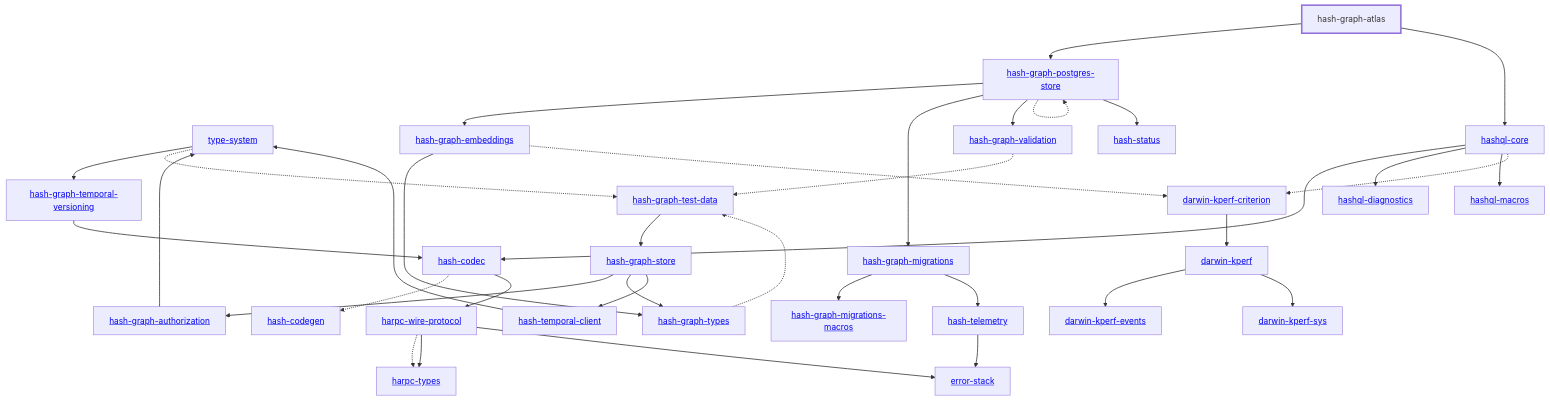
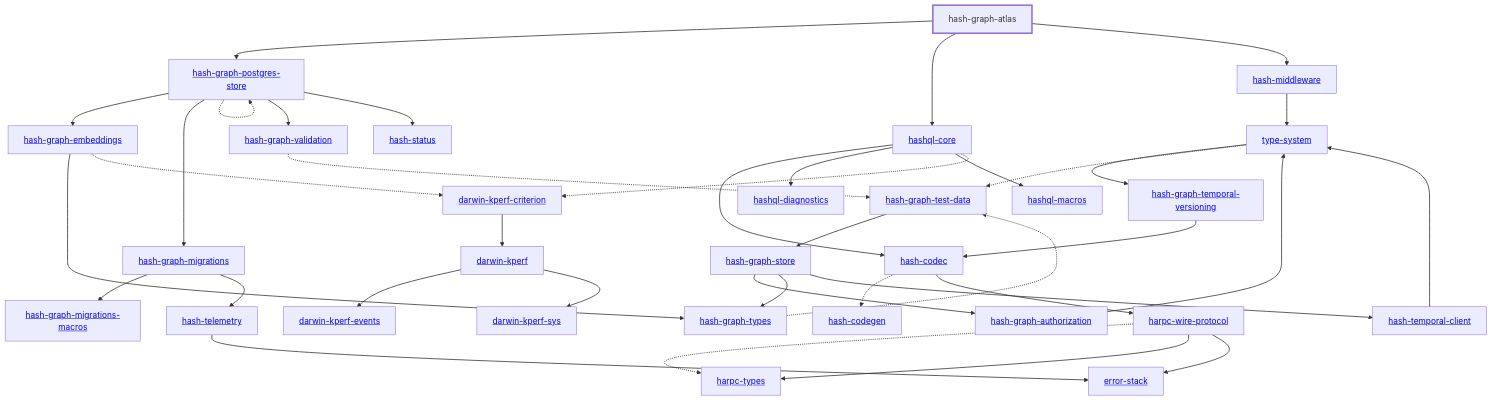
The diagram in libs/@local/graph/atlas/docs/dependency-diagram.mmd (hashintel/hash), drawn with Mermaid before and after one commit. The commit also changed 9 other files, not shown here.

Commit message:
chore: update rust dependency diagrams

```diff
--- a/libs/@local/graph/atlas/docs/dependency-diagram.mmd
+++ b/libs/@local/graph/atlas/docs/dependency-diagram.mmd
@@ -1,73 +1,76 @@
 graph TD
     linkStyle default stroke-width:1.5px
     classDef default stroke-width:1px
     classDef root stroke-width:3px
     classDef dev stroke-width:1px
     classDef build stroke-width:1px
     %% Legend
     %% --> : Normal dependency
     %% -.-> : Dev dependency
     %% ---> : Build dependency
     0[<a href="../type_system/index.html">type-system</a>]
     1[<a href="../hash_codec/index.html">hash-codec</a>]
     2[<a href="../hash_codegen/index.html">hash-codegen</a>]
     3[hash-graph-atlas]
     class 3 root
     4[<a href="../hash_graph_authorization/index.html">hash-graph-authorization</a>]
     5[<a href="../hash_graph_embeddings/index.html">hash-graph-embeddings</a>]
     6[<a href="../hash_graph_migrations/index.html">hash-graph-migrations</a>]
     7[<a href="../hash_graph_migrations_macros/index.html">hash-graph-migrations-macros</a>]
     8[<a href="../hash_graph_postgres_store/index.html">hash-graph-postgres-store</a>]
     9[<a href="../hash_graph_store/index.html">hash-graph-store</a>]
     10[<a href="../hash_graph_temporal_versioning/index.html">hash-graph-temporal-versioning</a>]
     11[<a href="../hash_graph_types/index.html">hash-graph-types</a>]
     12[<a href="../hash_graph_validation/index.html">hash-graph-validation</a>]
     13[<a href="../harpc_types/index.html">harpc-types</a>]
     14[<a href="../harpc_wire_protocol/index.html">harpc-wire-protocol</a>]
     15[<a href="../hashql_core/index.html">hashql-core</a>]
     16[<a href="../hashql_diagnostics/index.html">hashql-diagnostics</a>]
     17[<a href="../hashql_macros/index.html">hashql-macros</a>]
-    18[<a href="../hash_status/index.html">hash-status</a>]
-    19[<a href="../hash_telemetry/index.html">hash-telemetry</a>]
-    20[<a href="../hash_temporal_client/index.html">hash-temporal-client</a>]
-    21[<a href="../darwin_kperf/index.html">darwin-kperf</a>]
-    22[<a href="../darwin_kperf_criterion/index.html">darwin-kperf-criterion</a>]
-    23[<a href="../darwin_kperf_events/index.html">darwin-kperf-events</a>]
-    24[<a href="../darwin_kperf_sys/index.html">darwin-kperf-sys</a>]
-    25[<a href="../error_stack/index.html">error-stack</a>]
-    26[<a href="../hash_graph_test_data/index.html">hash-graph-test-data</a>]
+    18[<a href="../hash_middleware/index.html">hash-middleware</a>]
+    19[<a href="../hash_status/index.html">hash-status</a>]
+    20[<a href="../hash_telemetry/index.html">hash-telemetry</a>]
+    21[<a href="../hash_temporal_client/index.html">hash-temporal-client</a>]
+    22[<a href="../darwin_kperf/index.html">darwin-kperf</a>]
+    23[<a href="../darwin_kperf_criterion/index.html">darwin-kperf-criterion</a>]
+    24[<a href="../darwin_kperf_events/index.html">darwin-kperf-events</a>]
+    25[<a href="../darwin_kperf_sys/index.html">darwin-kperf-sys</a>]
+    26[<a href="../error_stack/index.html">error-stack</a>]
+    27[<a href="../hash_graph_test_data/index.html">hash-graph-test-data</a>]
     0 --> 10
-    0 -.-> 26
+    0 -.-> 27
     1 -.-> 2
     1 --> 14
     3 --> 8
     3 --> 15
+    3 --> 18
     4 --> 0
     5 --> 11
-    5 -.-> 22
+    5 -.-> 23
     6 --> 7
-    6 --> 19
+    6 --> 20
     8 --> 5
     8 --> 6
     8 -.-> 8
     8 --> 12
-    8 --> 18
+    8 --> 19
     9 --> 4
     9 --> 11
-    9 --> 20
+    9 --> 21
     10 --> 1
-    11 -.-> 26
-    12 -.-> 26
+    11 -.-> 27
+    12 -.-> 27
     14 -.-> 13
     14 --> 13
-    14 --> 25
+    14 --> 26
     15 --> 1
     15 --> 16
     15 --> 17
-    15 -.-> 22
-    19 --> 25
-    20 --> 0
-    21 --> 23
-    21 --> 24
-    22 --> 21
-    26 --> 9
+    15 -.-> 23
+    18 --> 0
+    20 --> 26
+    21 --> 0
+    22 --> 24
+    22 --> 25
+    23 --> 22
+    27 --> 9
```
